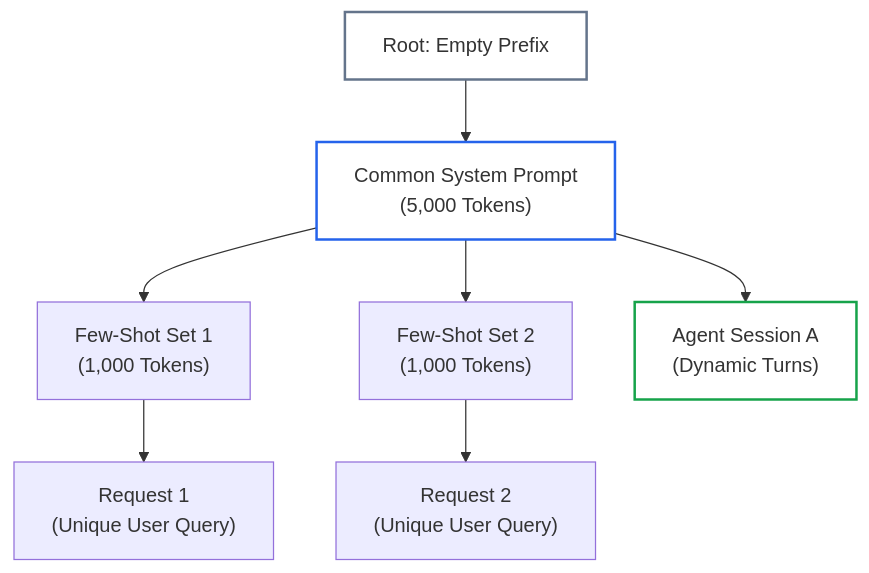
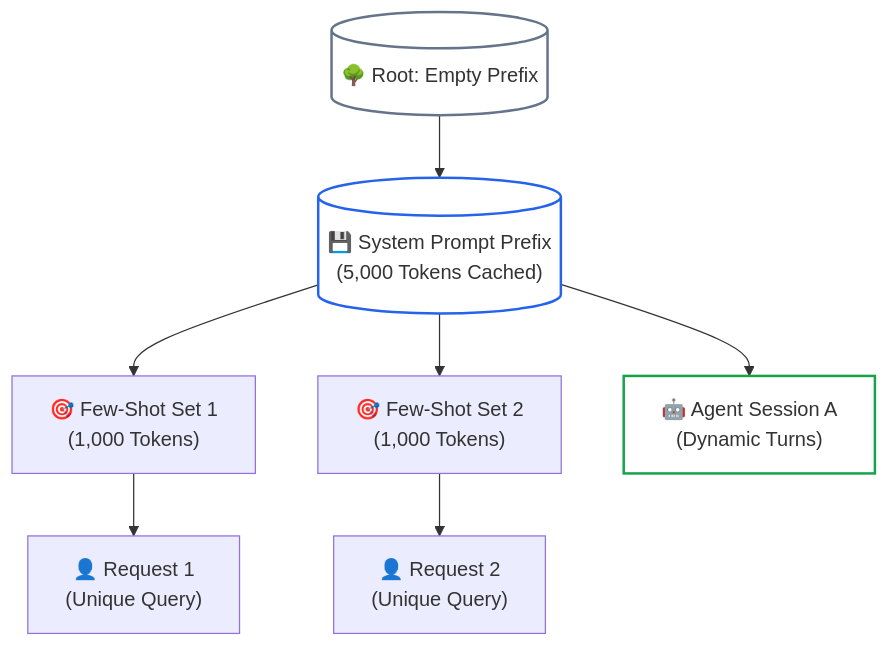
Before and after one commit to dip4k/senior-engineer-to-ai-engineer-roadmap: the second of 2 diagrams in 01-prompt-and-context-engineering/03-prefix-and-prompt-caching.md, drawn with Mermaid. The commit also changed other lines of this file and 39 other files, not shown here.

First line of the commit message:
feat(curriculum): upgrade mermaid diagrams with unicode icons & codify anti-bloat layout rules

````diff
--- a/01-prompt-and-context-engineering/03-prefix-and-prompt-caching.md
+++ b/01-prompt-and-context-engineering/03-prefix-and-prompt-caching.md
@@ -192,14 +192,14 @@
 ```mermaid
 flowchart TD
-    Root["Root: Empty Prefix"] --> PrefixA["Common System Prompt<br>(5,000 Tokens)"]
-    PrefixA --> Branch1["Few-Shot Set 1<br>(1,000 Tokens)"]
-    PrefixA --> Branch2["Few-Shot Set 2<br>(1,000 Tokens)"]
-    PrefixA --> Dynamic["Agent Session A<br>(Dynamic Turns)"]
+    Root[("🌳 Root: Empty Prefix")] --> PrefixA[("💾 System Prompt Prefix<br>(5,000 Tokens Cached)")]
+    PrefixA --> Branch1["🎯 Few-Shot Set 1<br>(1,000 Tokens)"]
+    PrefixA --> Branch2["🎯 Few-Shot Set 2<br>(1,000 Tokens)"]
+    PrefixA --> Dynamic["🤖 Agent Session A<br>(Dynamic Turns)"]
     
-    Branch1 --> User1["Request 1<br>(Unique User Query)"]
-    Branch2 --> User2["Request 2<br>(Unique User Query)"]
+    Branch1 --> User1["👤 Request 1<br>(Unique Query)"]
+    Branch2 --> User2["👤 Request 2<br>(Unique Query)"]
 
     style Root fill:none,stroke:#64748b,stroke-width:2px
     style PrefixA fill:none,stroke:#2563eb,stroke-width:2px
     style Dynamic fill:none,stroke:#16a34a,stroke-width:2px
 ```
````
